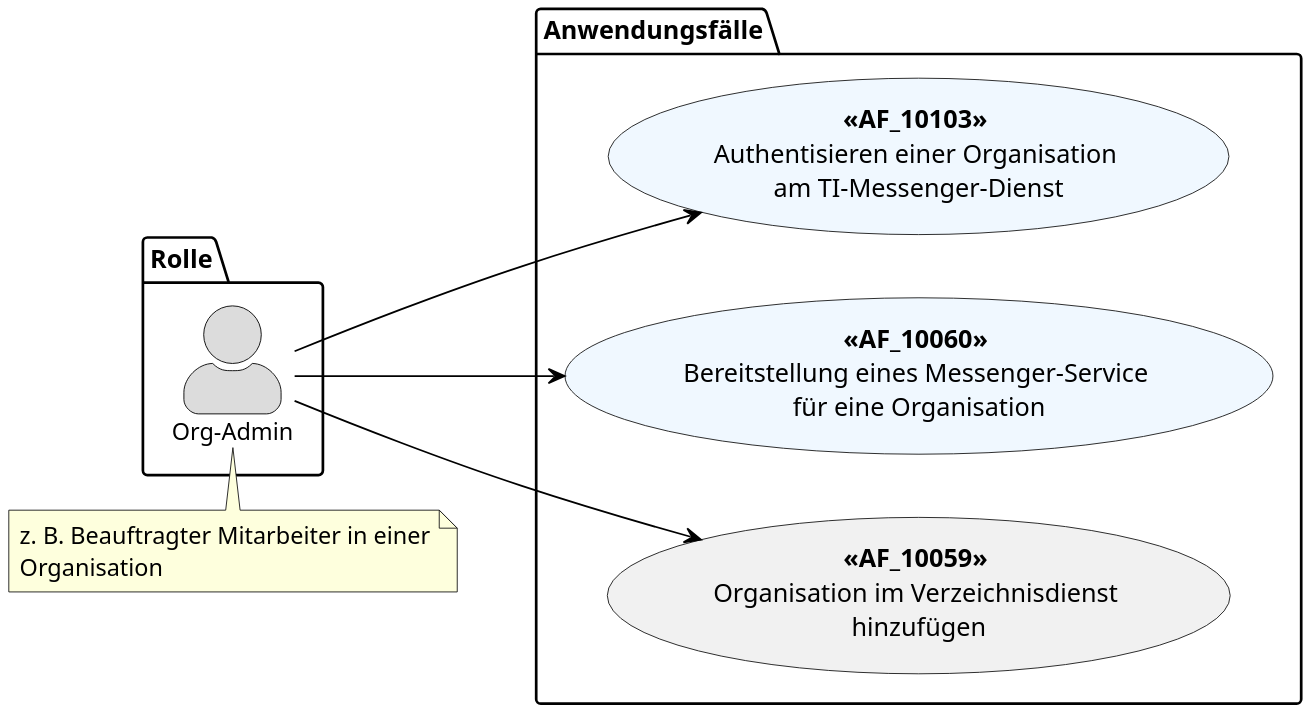
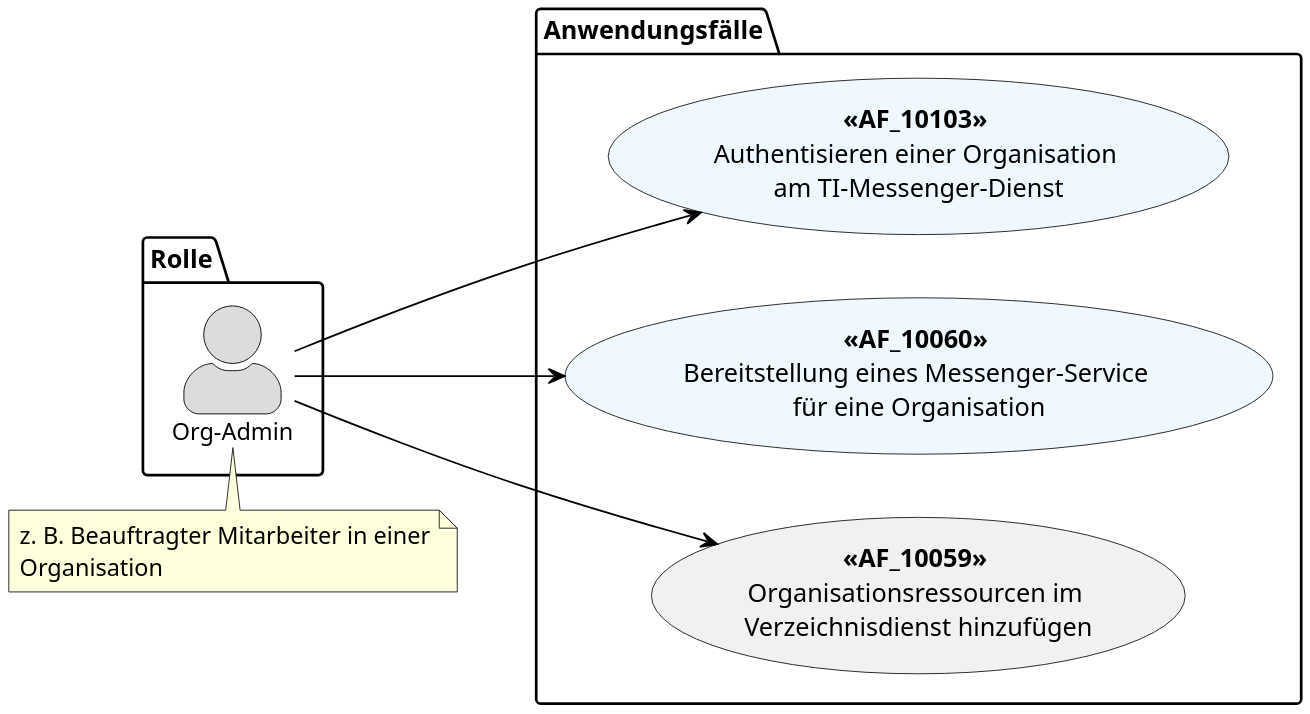
One commit to gematik/api-ti-messenger changed the diagram in src/plantuml/TI-Messenger-Dienst/Ressourcen/UC_org_admin.puml. Above: the diagram before and after it, drawn with PlantUML.

```diff
--- a/src/plantuml/TI-Messenger-Dienst/Ressourcen/UC_org_admin.puml
+++ b/src/plantuml/TI-Messenger-Dienst/Ressourcen/UC_org_admin.puml
@@ -8,46 +1,53 @@
 @startuml
+/'
+# TI-Messenger 1.1
+# TI-Messenger-Dienst
+# Use Case Diagram
+# Name: Org-Admin - Anwendungsfaelle
+'/
+
+
 skinparam actorStyle awesome
 left to right direction
 scale 6/3
 
 skinparam sequence {
 ArrowColor black
 ArrowFontSize 17
 ActorBorderColor black
 LifeLineBorderColor black
 LifeLineBackgroundColor Gainsboro
 
 ParticipantBorderColor Motivation
 ParticipantBackgroundColor Motivation
 ParticipantFontName Impact
 ParticipantFontSize 20
 ParticipantFontColor black
 ParticipantBorderColor Black
 ParticipantBackgroundColor MOTIVATION
 
 ActorBackgroundColor Gainsboro
 ActorFontColor black
 ActorFontSize 13
 ActorFontName Aapex
 }
 
 package Rolle {
   actor "Org-Admin" as oa
 }
 
 package Anwendungsfälle {
   usecase "**<<AF_10103>>** \nAuthentisieren einer Organisation \nam TI-Messenger-Dienst" as UC1 #AliceBlue
   usecase "**<<AF_10060>>** \nBereitstellung eines Messenger-Service \nfür eine Organisation" as UC2 #AliceBlue
-  usecase "**<<AF_10059>>** \nOrganisation im Verzeichnisdienst \nhinzufügen" as UC3
+  usecase "**<<AF_10059>>** \nOrganisationsressourcen im \nVerzeichnisdienst hinzufügen" as UC3
 }
 
 oa --> UC1
 oa --> UC2
 oa --> UC3
 
 note top of (oa)
   z. B. Beauftragter Mitarbeiter in einer
   Organisation
 end note
-
 @enduml
```
